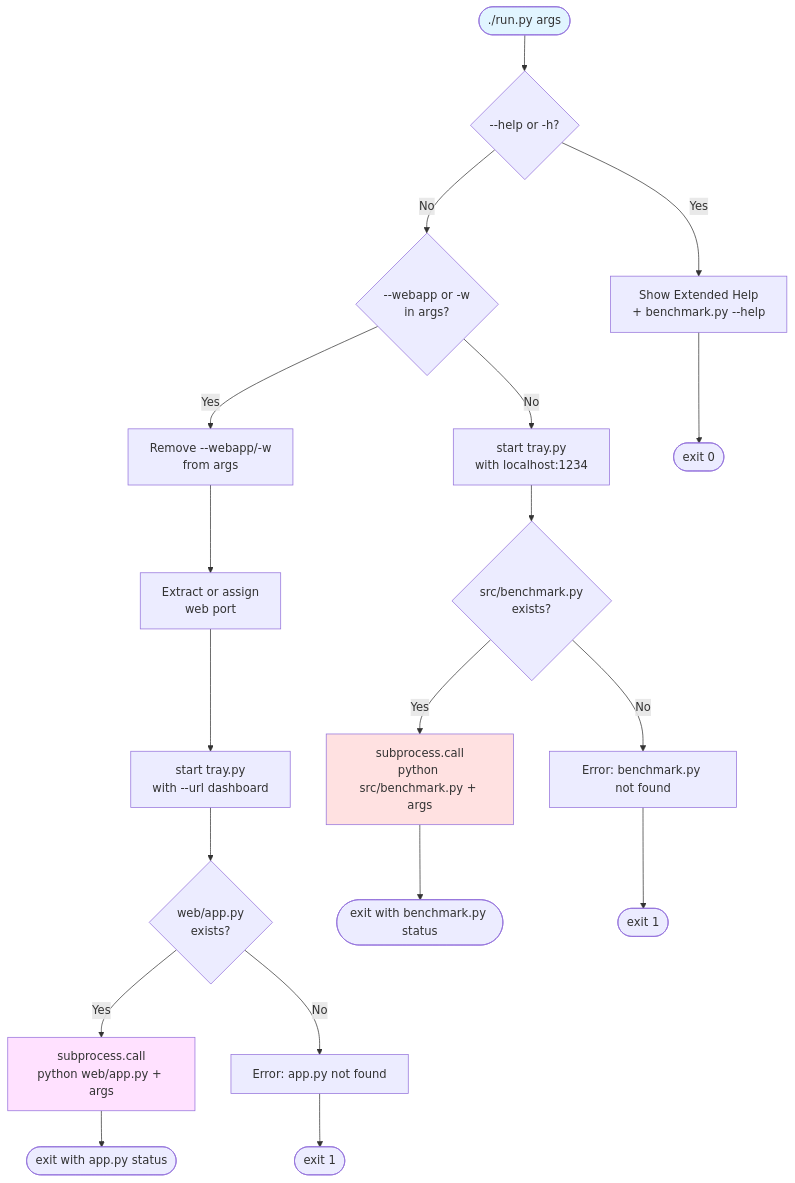
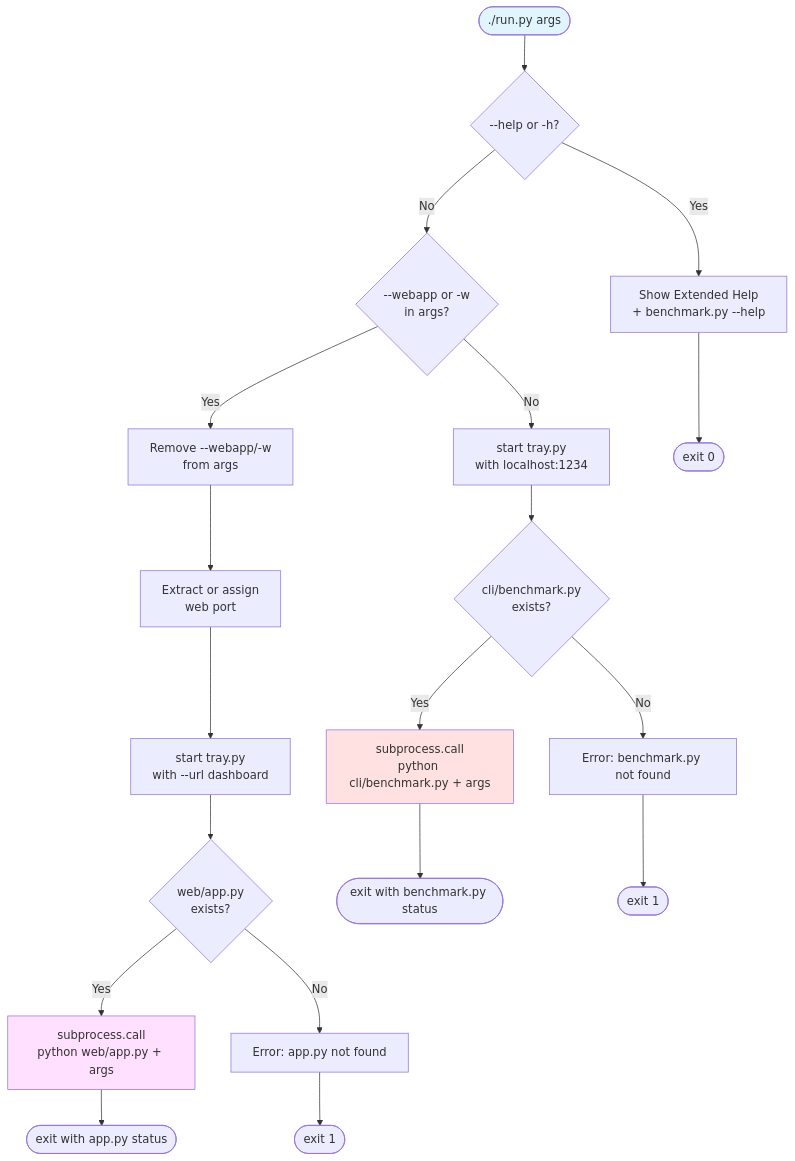
One commit to Ajimaru/LM-Studio-Bench changed the third of 12 diagrams in docs/ARCHITECTURE.md. Above: the diagram before and after it, drawn with Mermaid. The commit also changed other lines of this file and 42 other files, not shown here.

First line of the commit message:
Refactor project structure: move source files from 'src/' to 'core/' and 'cli/' directories

````diff
--- a/docs/ARCHITECTURE.md
+++ b/docs/ARCHITECTURE.md
@@ -115,28 +115,28 @@
 ```mermaid
 flowchart TD
     Start([./run.py args]) --> CheckHelp{--help or -h?}
     CheckHelp -->|Yes| ShowHelp[Show Extended Help<br/>+ benchmark.py --help]
     CheckHelp -->|No| CheckWebFlag{--webapp or -w<br/>in args?}
 
     CheckWebFlag -->|Yes| RemoveFlag[Remove --webapp/-w<br/>from args]
     RemoveFlag --> ResolvePort[Extract or assign<br/>web port]
     ResolvePort --> StartTrayWeb[start tray.py<br/>with --url dashboard]
     StartTrayWeb --> FindWebApp{web/app.py<br/>exists?}
     FindWebApp -->|Yes| StartWeb[subprocess.call<br/>python web/app.py + args]
     FindWebApp -->|No| ErrorWeb[Error: app.py not found]
 
     CheckWebFlag -->|No| StartTrayCLI[start tray.py<br/>with localhost:1234]
-    StartTrayCLI --> FindBenchmark{src/benchmark.py<br/>exists?}
-    FindBenchmark -->|Yes| StartBenchmark[subprocess.call<br/>python src/benchmark.py + args]
+    StartTrayCLI --> FindBenchmark{cli/benchmark.py<br/>exists?}
+    FindBenchmark -->|Yes| StartBenchmark[subprocess.call<br/>python cli/benchmark.py + args]
     FindBenchmark -->|No| ErrorBench[Error: benchmark.py not found]
 
     ShowHelp --> Exit1([exit 0])
     StartWeb --> Exit2([exit with app.py status])
     StartBenchmark --> Exit3([exit with benchmark.py status])
     ErrorWeb --> Exit4([exit 1])
     ErrorBench --> Exit5([exit 1])
 
     style Start fill:#e1f5ff
     style StartWeb fill:#ffe1ff
     style StartBenchmark fill:#ffe1e1
 ```
````
